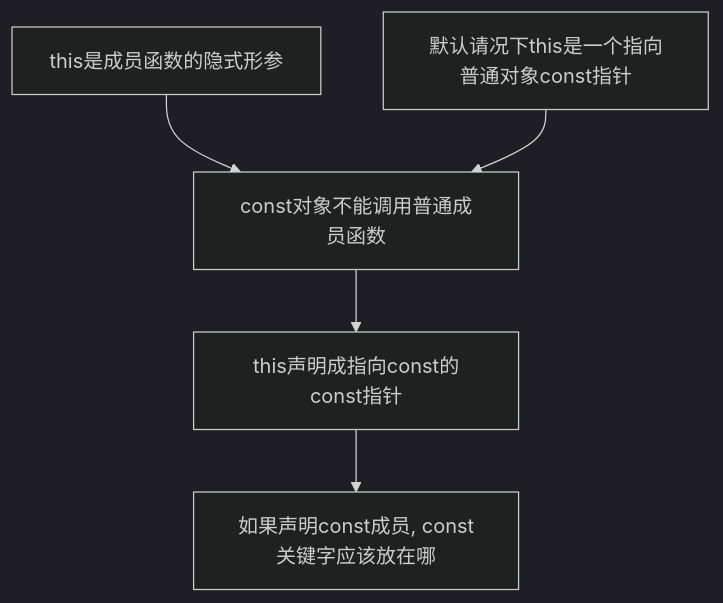
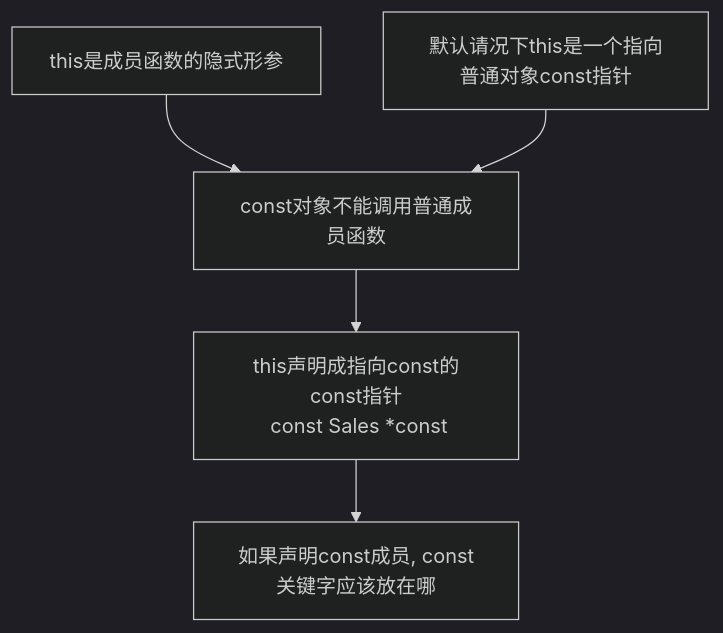
The diagram in sorted/c++/类/this.md (enigmaiiiiiiii/Learning-Record-Write-By-Obsidian), drawn with Mermaid (dark theme) before and after one commit. The commit also changed other lines of this file and 146 other files, not shown here.

````diff
--- a/sorted/c++/类/this.md
+++ b/sorted/c++/类/this.md
@@ -33,7 +34,7 @@
 ```mermaid
 graph TB
 A["this是成员函数的隐式形参"] --> C["const对象不能调用普通成员函数"]
 B["默认请况下this是一个指向普通对象const指针"] --> C
-C --> D["this声明成指向const的const指针"]
+C --> D["this声明成指向const的const指针<br> const Sales *const" ]
 D --> E["如果声明const成员, const关键字应该放在哪"]
 ```
````
